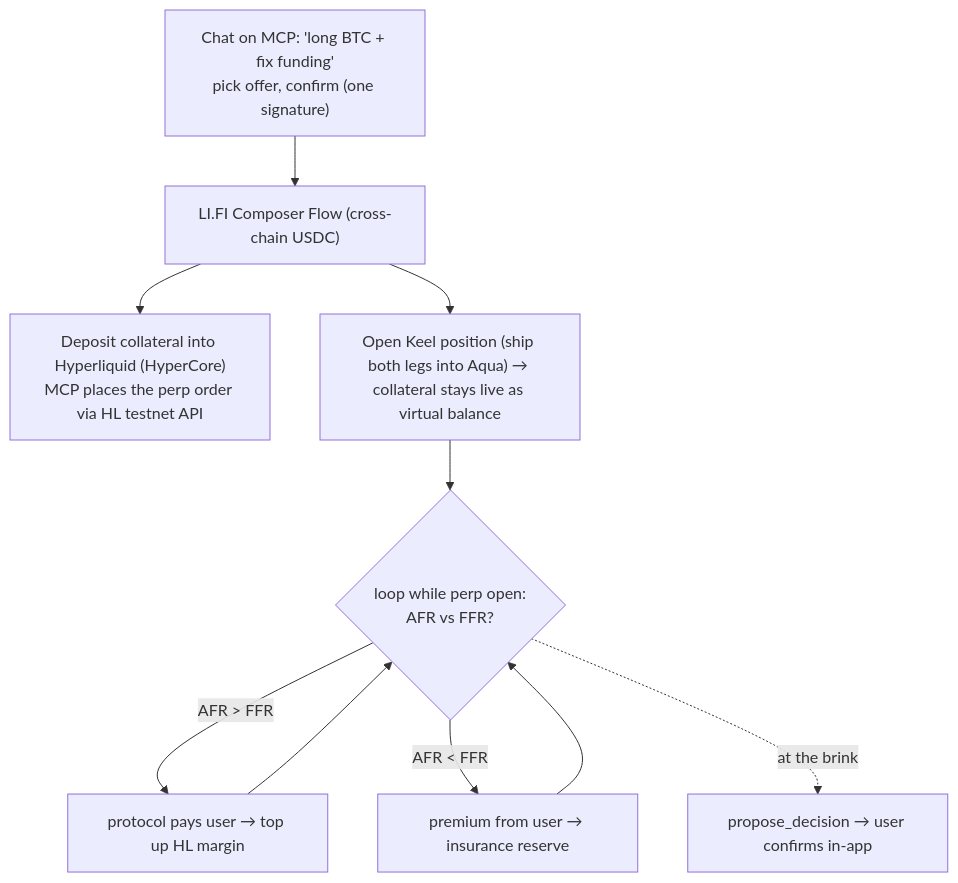
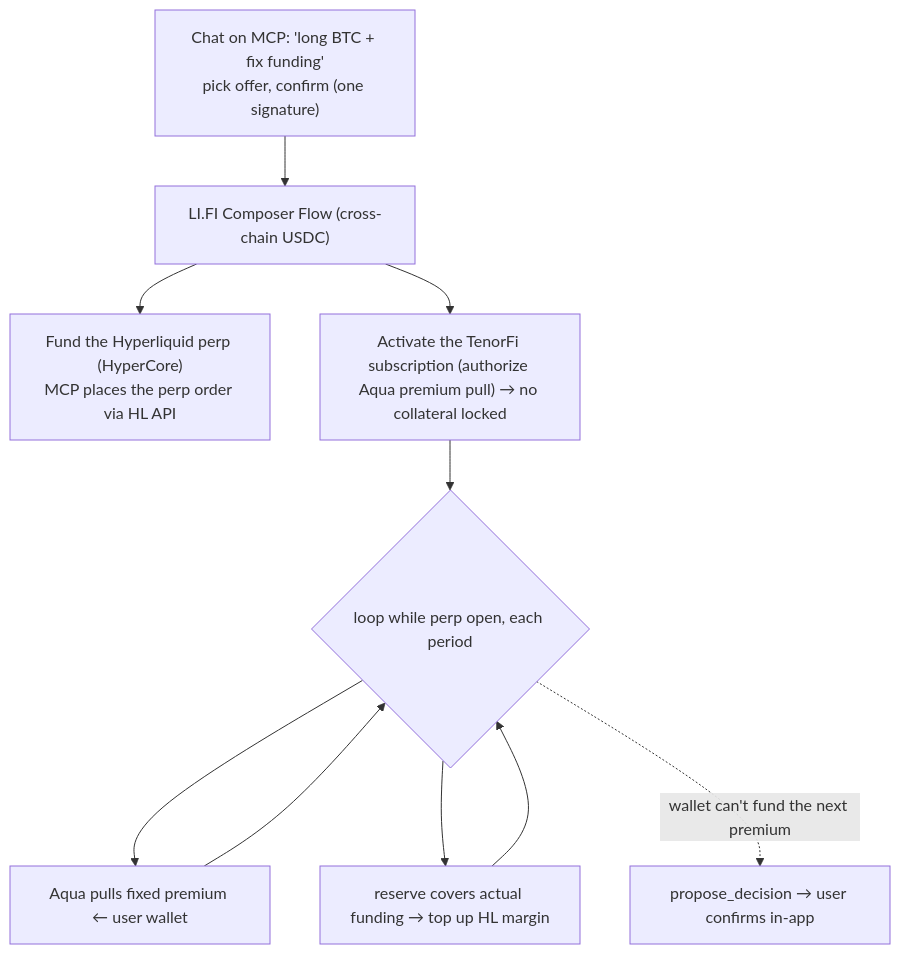
Before and after one commit to 0xYudhishthra/TenorFi: the second of 2 diagrams in docs/design-doc.md, drawn with Mermaid. The commit also changed other lines of this file and 6 other files, not shown here.

First line of the commit message:
docs: rebrand Keel → TenorFi + reframe narrative as the interest-rate swap for perps

````diff
--- a/docs/design-doc.md
+++ b/docs/design-doc.md
@@ -151,12 +165,12 @@
 ```mermaid
 flowchart TB
     CHAT["Chat on MCP: 'long BTC + fix funding'<br/>pick offer, confirm (one signature)"] --> FLOW["LI.FI Composer Flow (cross-chain USDC)"]
-    FLOW --> DEP["Deposit collateral into Hyperliquid (HyperCore)<br/>MCP places the perp order via HL testnet API"]
-    FLOW --> OPEN["Open Keel position (ship both legs into Aqua) → collateral stays live as virtual balance"]
-    OPEN --> LOOP{"loop while perp open:<br/>AFR vs FFR?"}
-    LOOP -->|"AFR > FFR"| UP["protocol pays user → top up HL margin"]
-    LOOP -->|"AFR < FFR"| PREM["premium from user → insurance reserve"]
-    UP --> LOOP
-    PREM --> LOOP
-    LOOP -.->|at the brink| BRINK["propose_decision → user confirms in-app"]
+    FLOW --> DEP["Fund the Hyperliquid perp (HyperCore)<br/>MCP places the perp order via HL API"]
+    FLOW --> OPEN["Activate the TenorFi subscription (authorize Aqua premium pull) → no collateral locked"]
+    OPEN --> LOOP{"loop while perp open, each period"}
+    LOOP --> PULL["Aqua pulls fixed premium ← user wallet"]
+    LOOP --> COVER["reserve covers actual funding → top up HL margin"]
+    PULL --> LOOP
+    COVER --> LOOP
+    LOOP -.->|"wallet can't fund the next premium"| BRINK["propose_decision → user confirms in-app"]
 ```
````
